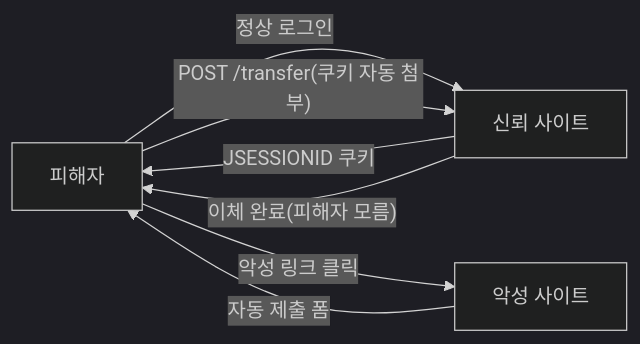
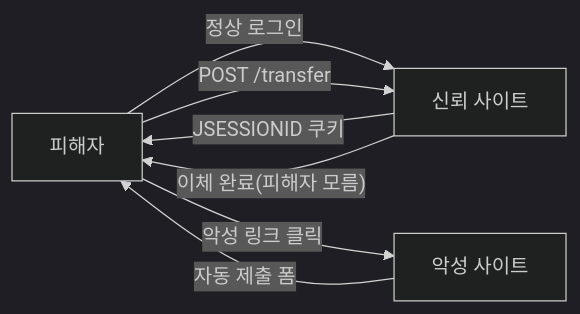
One commit to yjkim2015/yjkim2015.github.io changed the first of 3 diagrams in _posts/security/2021-05-19-사이트 간 요청 위조-CSRF, CsrfFilter.md. Above: the diagram before and after it, drawn with Mermaid (dark theme). The commit also changed other lines of this file and 245 other files, not shown here.

First line of the commit message:
Mermaid 다이어그램 전면 수정 + 면접 포인트 접기/펼치기 + DB 데드락 페이지

````diff
--- a/_posts/security/2021-05-19-사이트 간 요청 위조-CSRF, CsrfFilter.md
+++ b/_posts/security/2021-05-19-사이트 간 요청 위조-CSRF, CsrfFilter.md
@@ -22,9 +22,9 @@
 ```mermaid
 graph LR
     V["피해자"] -->|"정상 로그인"| T["신뢰 사이트"]
     T -->|"JSESSIONID 쿠키"| V
     V -->|"악성 링크 클릭"| M["악성 사이트"]
     M -->|"자동 제출 폼"| V
-    V -->|"POST /transfer(쿠키 자동 첨부)"| T
+    V -->|"POST /transfer"| T
     T -->|"이체 완료(피해자 모름)"| V
 ```
````
